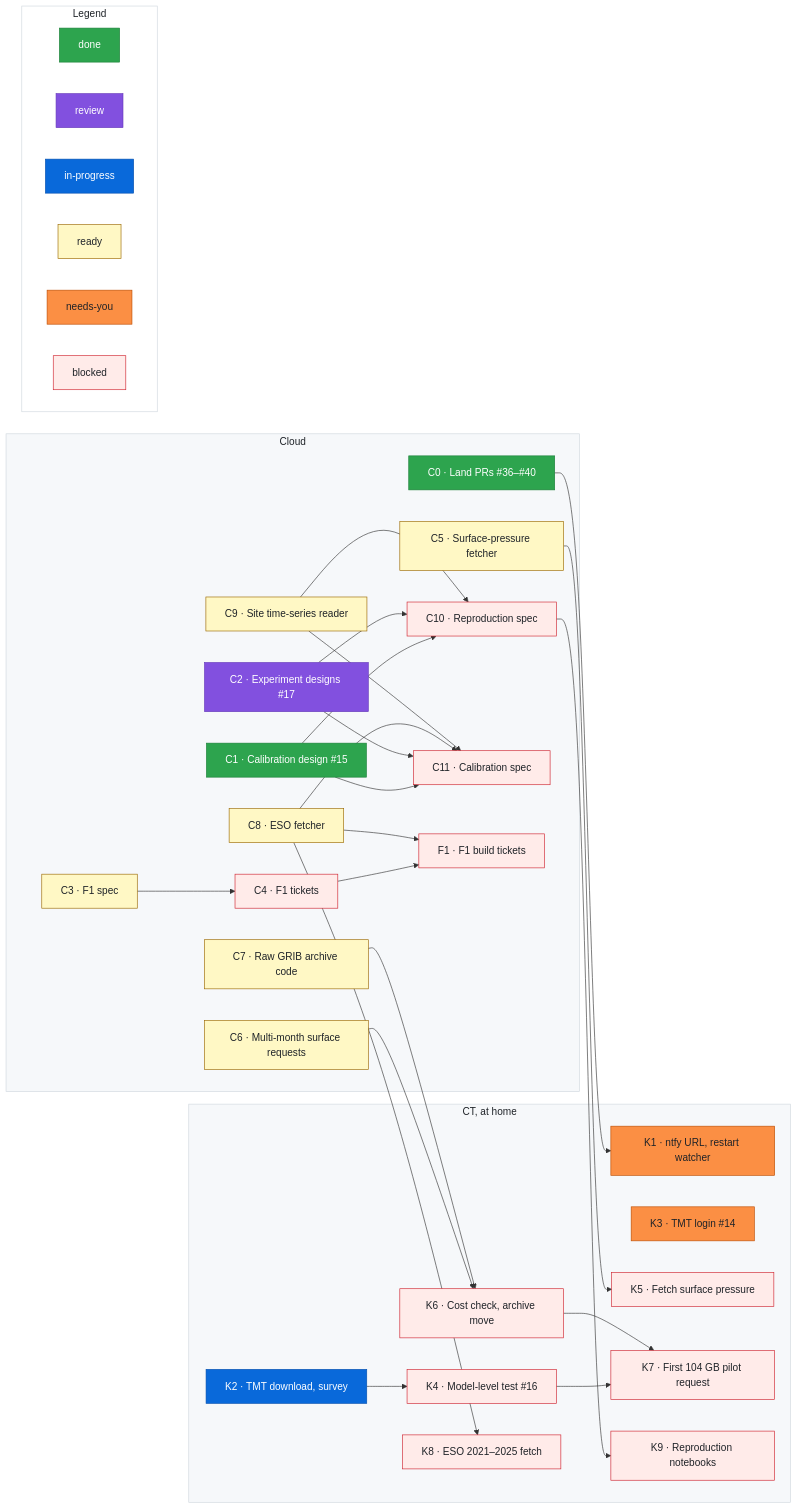
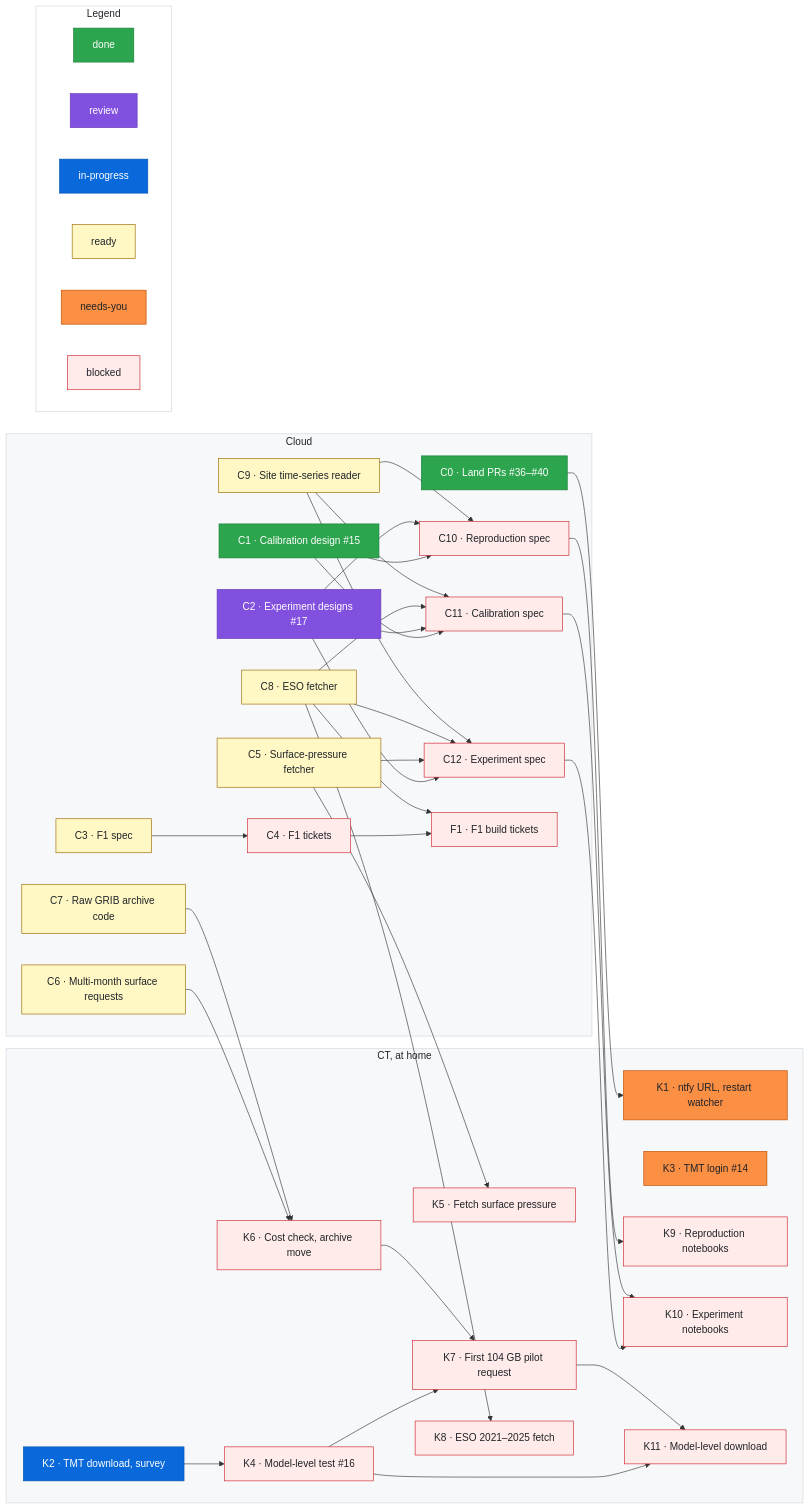
Before and after one commit to rrweller/Astro-seeing: the diagram in docs/roadmap.md, drawn with Mermaid. The commit also changed other lines of this file and 3 other files, not shown here.

First line of the commit message:
D59: experiment designs (ticket #17); glossary terms; roadmap items C12, K10, K11 (#45)

````diff
--- a/docs/roadmap.md
+++ b/docs/roadmap.md
@@ -81,6 +87,7 @@
     C9["C9 · Site time-series reader"]
     C10["C10 · Reproduction spec"]
     C11["C11 · Calibration spec"]
+    C12["C12 · Experiment spec"]
     F1["F1 · F1 build tickets"]
   end
   subgraph ct["CT, at home"]
@@ -93,6 +100,8 @@
     K7["K7 · First 104 GB pilot request"]
     K8["K8 · ESO 2021–2025 fetch"]
     K9["K9 · Reproduction notebooks"]
+    K10["K10 · Experiment notebooks"]
+    K11["K11 · Model-level download"]
   end
   C3 --> C4 --> F1
   C8 --> F1
@@ -110,6 +119,14 @@
   C7 --> K6 --> K7
   C8 --> K8
   C10 --> K9
+  C2 --> C12
+  C5 --> C12
+  C8 --> C12
+  C9 --> C12
+  C12 --> K10
+  C11 --> K10
+  K4 --> K11
+  K7 --> K11
   subgraph legend["Legend"]
     direction LR
     Ldone["done"]:::done
@@ -153,6 +170,8 @@
   %% ---
   class C11 blocked
   %% ---
+  class C12 blocked
+  %% ---
   class F1 blocked
   %% ---
   class K1 needsyou
@@ -173,4 +192,8 @@
   %% ---
   class K9 blocked
   %% ---
+  class K10 blocked
+  %% ---
+  class K11 blocked
+  %% ---
 ```
````
